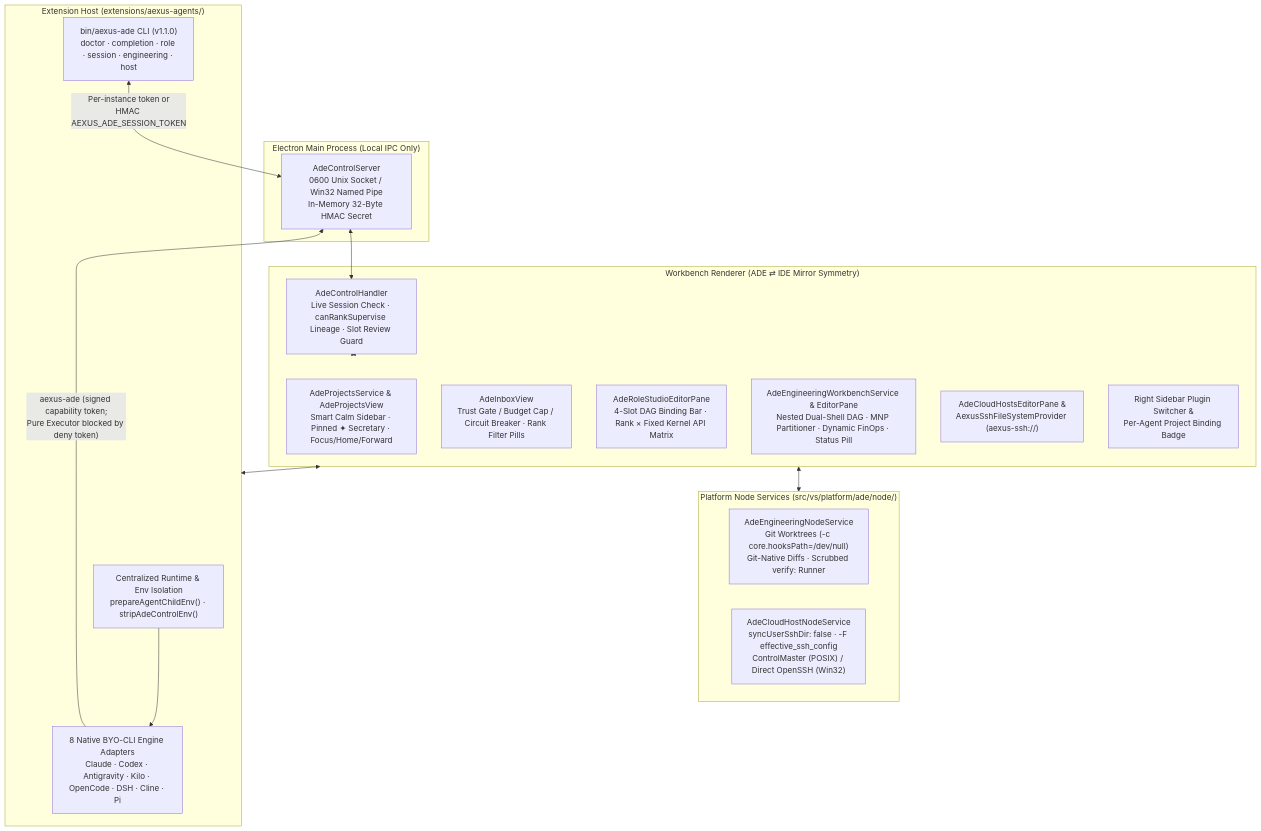
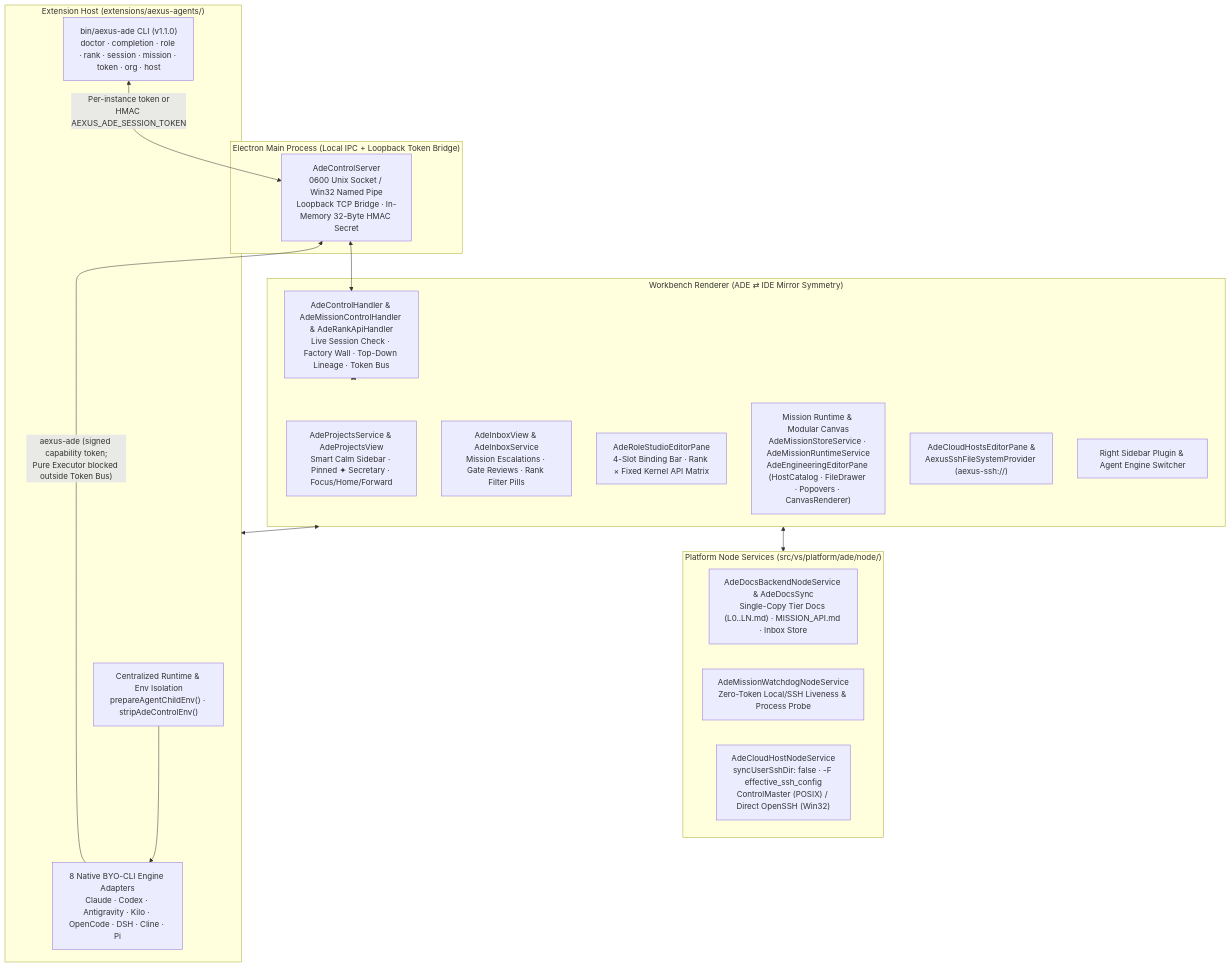
One commit to Daijunfan/Aexus-Code changed the first of 2 diagrams in docs/ARCHITECTURE.md. Above: the diagram before and after it, drawn with Mermaid. The commit also changed other lines of this file and 108 other files, not shown here.

````diff
--- a/docs/ARCHITECTURE.md
+++ b/docs/ARCHITECTURE.md
@@ -12,35 +12,36 @@
 ```mermaid
 flowchart TB
-    subgraph Main["Electron Main Process (Local IPC Only)"]
-        CS["AdeControlServer<br/>0600 Unix Socket / Win32 Named Pipe<br/>In-Memory 32-Byte HMAC Secret"]
+    subgraph Main["Electron Main Process (Local IPC + Loopback Token Bridge)"]
+        CS["AdeControlServer<br/>0600 Unix Socket / Win32 Named Pipe<br/>Loopback TCP Bridge · In-Memory 32-Byte HMAC Secret"]
     end
 
     subgraph Workbench["Workbench Renderer (ADE ⇄ IDE Mirror Symmetry)"]
         PROJ["AdeProjectsService &amp; AdeProjectsView<br/>Smart Calm Sidebar · Pinned ✦ Secretary · Focus/Home/Forward"]
-        INBOX["AdeInboxView<br/>Trust Gate / Budget Cap / Circuit Breaker · Rank Filter Pills"]
-        STUDIO["AdeRoleStudioEditorPane<br/>4-Slot DAG Binding Bar · Rank × Fixed Kernel API Matrix"]
-        DAG["AdeEngineeringWorkbenchService &amp; EditorPane<br/>Nested Dual-Shell DAG · MNP Partitioner · Dynamic FinOps · Status Pill"]
-        RBAC["AdeControlHandler<br/>Live Session Check · canRankSupervise Lineage · Slot Review Guard"]
+        INBOX["AdeInboxView &amp; AdeInboxService<br/>Mission Escalations · Gate Reviews · Rank Filter Pills"]
+        STUDIO["AdeRoleStudioEditorPane<br/>4-Slot Binding Bar · Rank × Fixed Kernel API Matrix"]
+        MISSION["Mission Runtime &amp; Modular Canvas<br/>AdeMissionStoreService · AdeMissionRuntimeService<br/>AdeEngineeringEditorPane (HostCatalog · FileDrawer · Popovers · CanvasRenderer)"]
+        RBAC["AdeControlHandler &amp; AdeMissionControlHandler &amp; AdeRankApiHandler<br/>Live Session Check · Factory Wall · Top-Down Lineage · Token Bus"]
         SSHUI["AdeCloudHostsEditorPane &amp;<br/>AexusSshFileSystemProvider (aexus-ssh://)"]
-        PLUG["Right Sidebar Plugin Switcher &amp;<br/>Per-Agent Project Binding Badge"]
+        PLUG["Right Sidebar Plugin &amp; Agent Engine Switcher"]
     end
 
     subgraph NodeServices["Platform Node Services (src/vs/platform/ade/node/)"]
-        ENG["AdeEngineeringNodeService<br/>Git Worktrees (-c core.hooksPath=/dev/null)<br/>Git-Native Diffs · Scrubbed verify: Runner"]
+        DOCS["AdeDocsBackendNodeService &amp; AdeDocsSync<br/>Single-Copy Tier Docs (L0..LN.md) · MISSION_API.md · Inbox Store"]
+        WD["AdeMissionWatchdogNodeService<br/>Zero-Token Local/SSH Liveness &amp; Process Probe"]
         CLOUD["AdeCloudHostNodeService<br/>syncUserSshDir: false · -F effective_ssh_config<br/>ControlMaster (POSIX) / Direct OpenSSH (Win32)"]
     end
 
     subgraph ExtHost["Extension Host (extensions/aexus-agents/)"]
         RT["Centralized Runtime &amp; Env Isolation<br/>prepareAgentChildEnv() · stripAdeControlEnv()"]
-        CLI["bin/aexus-ade CLI (v1.1.0)<br/>doctor · completion · role · session · engineering · host"]
+        CLI["bin/aexus-ade CLI (v1.1.0)<br/>doctor · completion · role · rank · session · mission · token · org · host"]
         ENG8["8 Native BYO-CLI Engine Adapters<br/>Claude · Codex · Antigravity · Kilo · OpenCode · DSH · Cline · Pi"]
     end
 
     CLI <-->|"Per-instance token or<br/>HMAC AEXUS_ADE_SESSION_TOKEN"| CS
     CS <--> RBAC
     RBAC <--> Workbench
     Workbench <--> NodeServices
     Workbench <--> ExtHost
     RT --> ENG8
-    ENG8 -->|"aexus-ade (signed capability token;<br/>Pure Executor blocked by deny token)"| CS
+    ENG8 -->|"aexus-ade (signed capability token;<br/>Pure Executor blocked outside Token Bus)"| CS
 ```
````
